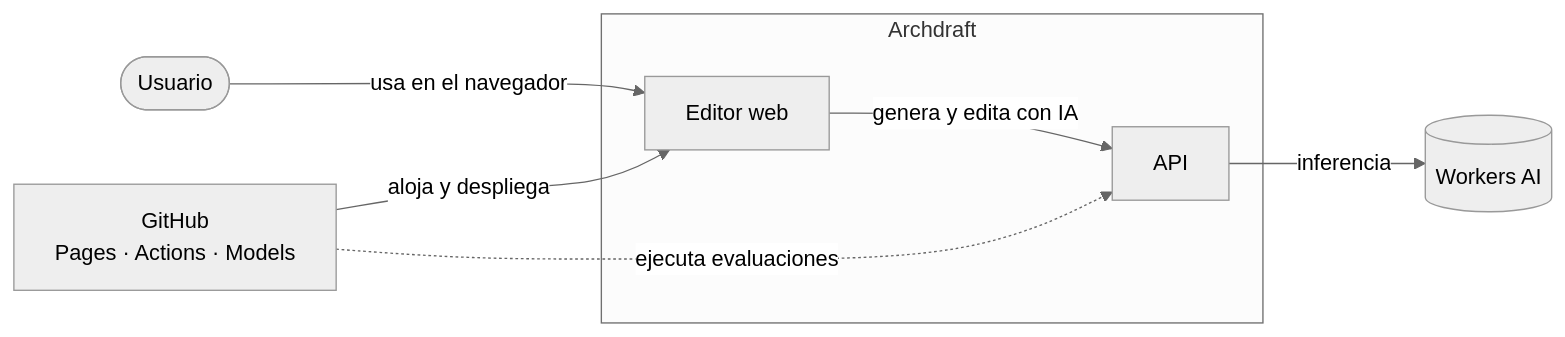
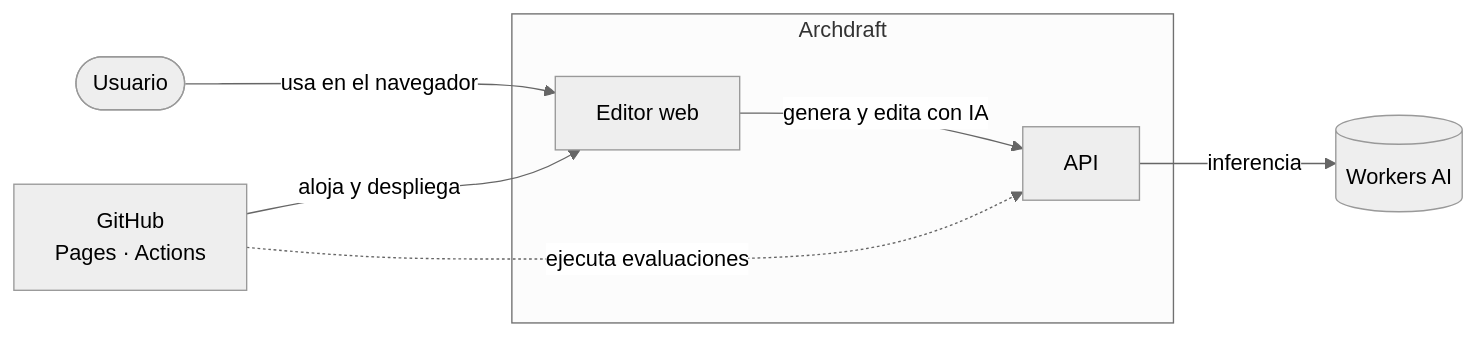
Before and after one commit to cosmemorillojulia/archdraft: the first of 6 diagrams in docs/arquitectura.md, drawn with Mermaid (neutral theme). The commit also changed other lines of this file and 11 other files, not shown here.

````diff
--- a/docs/arquitectura.md
+++ b/docs/arquitectura.md
@@ -17,16 +17,16 @@
 ```mermaid
 flowchart LR
   user([Usuario])
   subgraph archdraft [Archdraft]
     web[Editor web]
     api[API]
   end
   wai[(Workers AI)]
-  gh[GitHub<br/>Pages · Actions · Models]
+  gh[GitHub<br/>Pages · Actions]
 
   user -->|usa en el navegador| web
   web -->|genera y edita con IA| api
   api -->|inferencia| wai
   gh -->|aloja y despliega| web
   gh -.->|ejecuta evaluaciones| api
 ```
````
